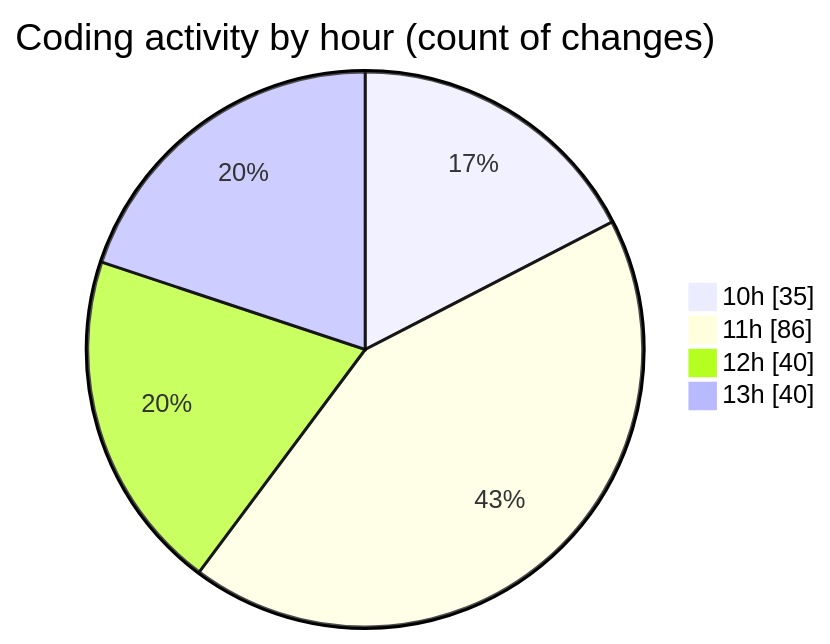
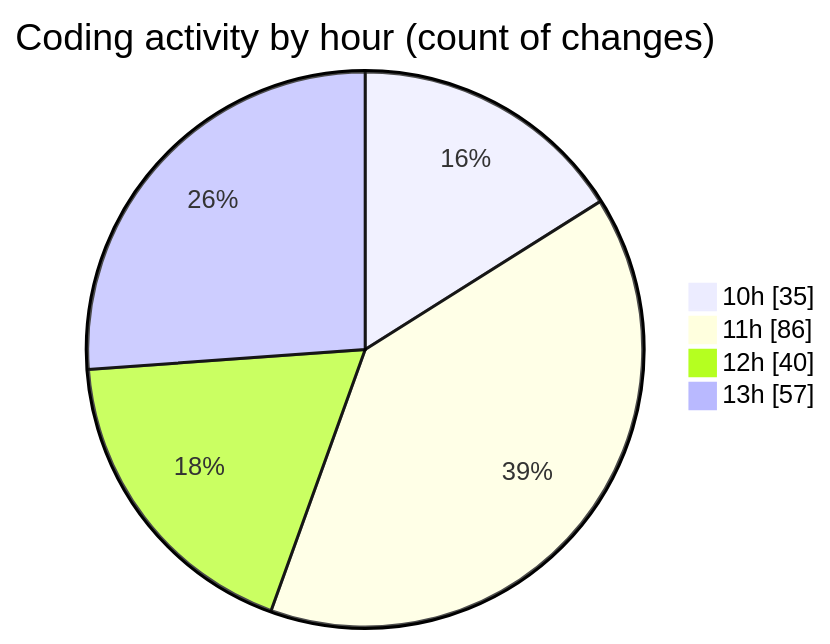
One commit to momahboobian/code-tracking changed the second of 2 diagrams in 2025-03-28/cda/README.md. Above: the diagram before and after it, drawn with Mermaid. The commit also changed other lines of this file and 1 other file, not shown here.

````diff
--- a/2025-03-28/cda/README.md
+++ b/2025-03-28/cda/README.md
@@ -35,8 +35,8 @@
 ```mermaid
 pie showData
 title Coding activity by hour (count of changes)
 "10h" : 35
 "11h" : 86
 "12h" : 40
-"13h" : 40
+"13h" : 57
 ```
````
